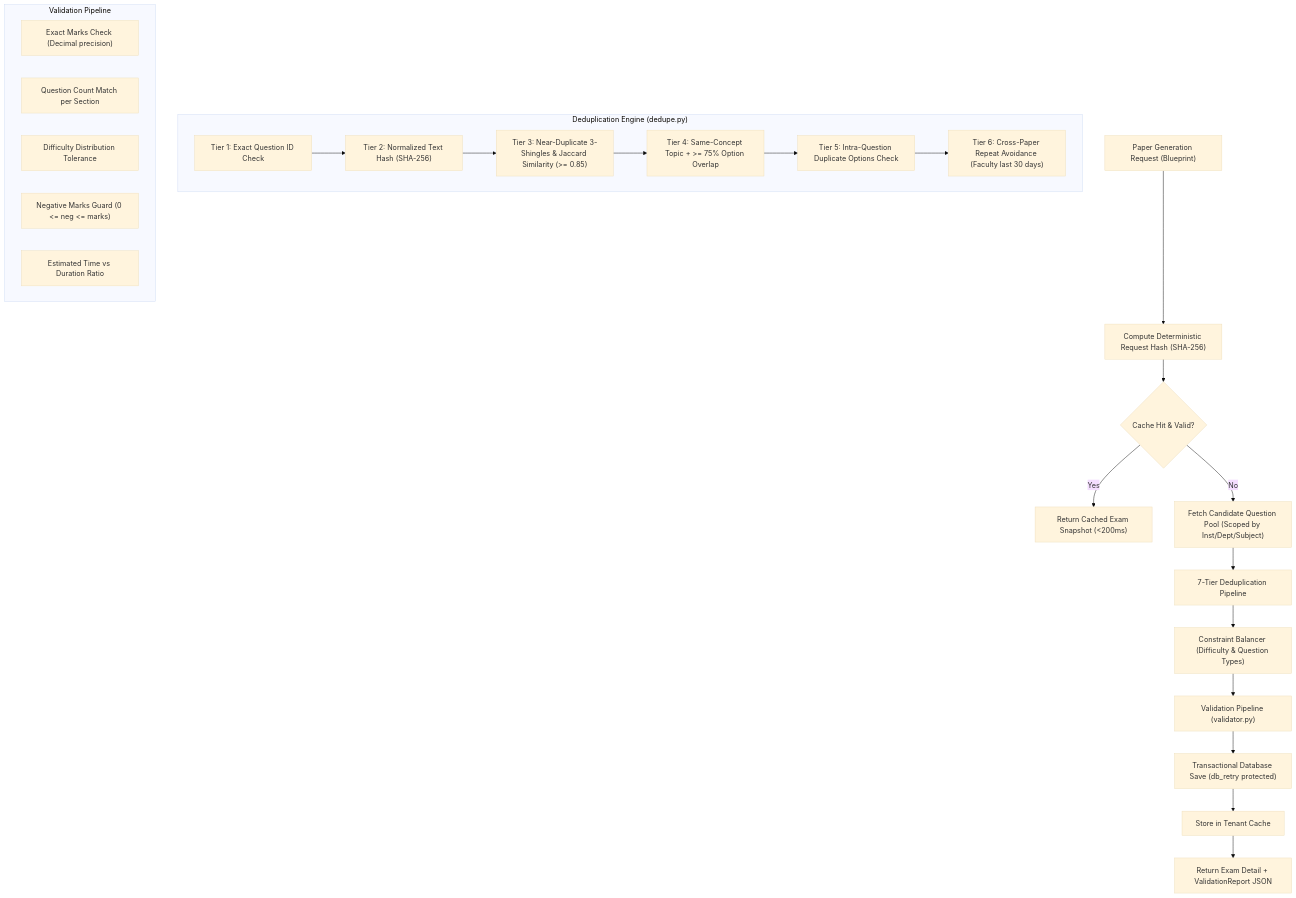
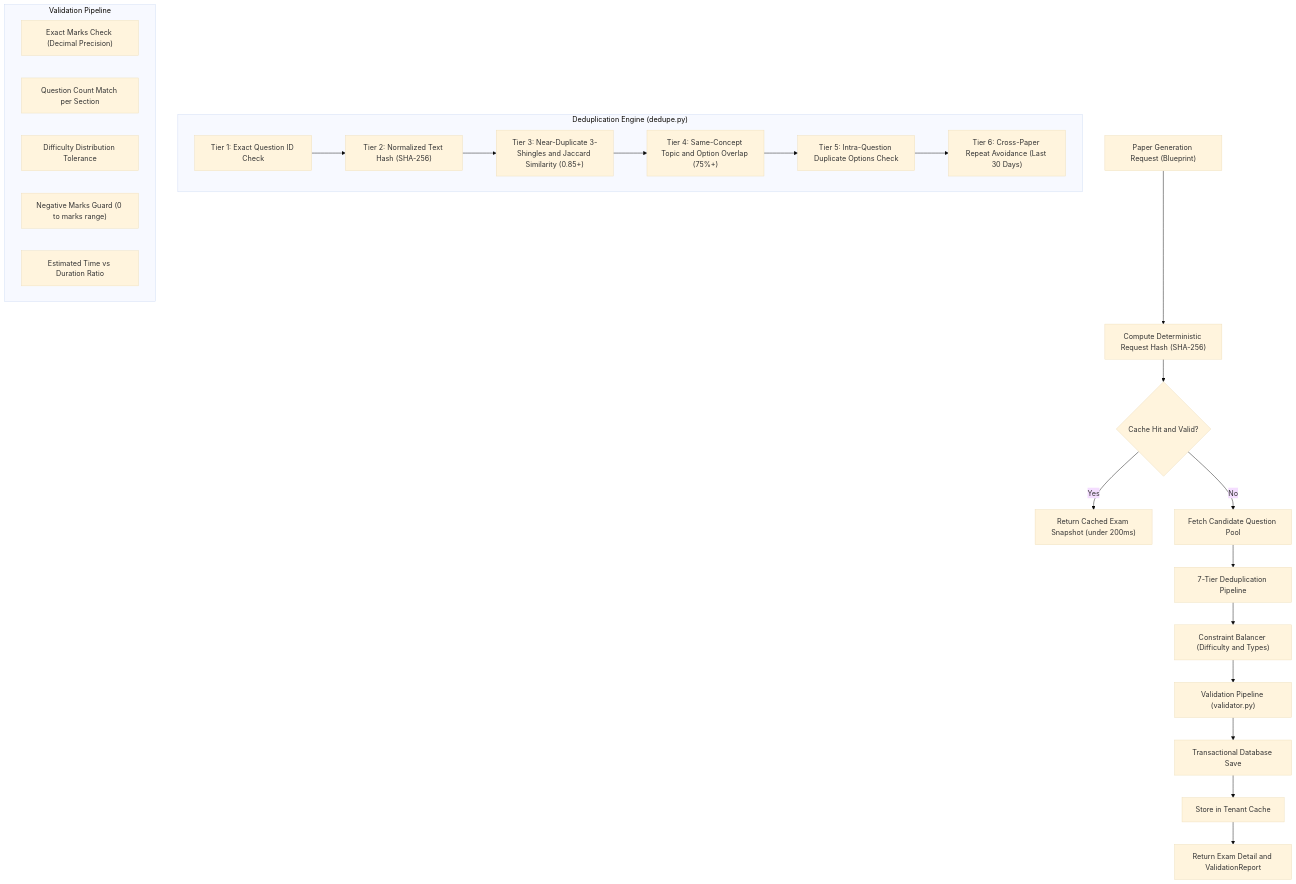
One commit to poshiyaharsh/ExamAI changed the second of 3 diagrams in docs/ARCHITECTURE.md. Above: the diagram before and after it, drawn with Mermaid (base theme). The commit also changed other lines of this file and 1 other file, not shown here.

First line of the commit message:
docs(mermaid): fix edge label syntax and quote labels for GitHub rendering

````diff
--- a/docs/ARCHITECTURE.md
+++ b/docs/ARCHITECTURE.md
@@ -89,34 +89,34 @@
 ```mermaid
 flowchart TD
     Req["Paper Generation Request (Blueprint)"] --> Hash["Compute Deterministic Request Hash (SHA-256)"]
-    Hash --> CacheCheck{"Cache Hit & Valid?"}
-    CacheCheck -- Yes --> ReturnCache["Return Cached Exam Snapshot (<200ms)"]
+    Hash --> CacheCheck{"Cache Hit and Valid?"}
+    CacheCheck -->|"Yes"| ReturnCache["Return Cached Exam Snapshot (under 200ms)"]
     
-    CacheCheck -- No --> Pool["Fetch Candidate Question Pool (Scoped by Inst/Dept/Subject)"]
+    CacheCheck -->|"No"| Pool["Fetch Candidate Question Pool"]
     Pool --> Dedupe["7-Tier Deduplication Pipeline"]
     
     subgraph DedupePipeline["Deduplication Engine (dedupe.py)"]
         D1["Tier 1: Exact Question ID Check"]
         D2["Tier 2: Normalized Text Hash (SHA-256)"]
-        D3["Tier 3: Near-Duplicate 3-Shingles & Jaccard Similarity (>= 0.85)"]
-        D4["Tier 4: Same-Concept Topic + >= 75% Option Overlap"]
+        D3["Tier 3: Near-Duplicate 3-Shingles and Jaccard Similarity (0.85+)"]
+        D4["Tier 4: Same-Concept Topic and Option Overlap (75%+)"]
         D5["Tier 5: Intra-Question Duplicate Options Check"]
-        D6["Tier 6: Cross-Paper Repeat Avoidance (Faculty last 30 days)"]
+        D6["Tier 6: Cross-Paper Repeat Avoidance (Last 30 Days)"]
         D1 --> D2 --> D3 --> D4 --> D5 --> D6
     end
     
-    Dedupe --> Balance["Constraint Balancer (Difficulty & Question Types)"]
+    Dedupe --> Balance["Constraint Balancer (Difficulty and Types)"]
     Balance --> Validate["Validation Pipeline (validator.py)"]
     
     subgraph ValidationPipeline["Validation Pipeline"]
-        V1["Exact Marks Check (Decimal precision)"]
+        V1["Exact Marks Check (Decimal Precision)"]
         V2["Question Count Match per Section"]
         V3["Difficulty Distribution Tolerance"]
-        V4["Negative Marks Guard (0 <= neg <= marks)"]
+        V4["Negative Marks Guard (0 to marks range)"]
         V5["Estimated Time vs Duration Ratio"]
     end
     
-    Validate --> Persist["Transactional Database Save (db_retry protected)"]
+    Validate --> Persist["Transactional Database Save"]
     Persist --> CacheStore["Store in Tenant Cache"]
-    CacheStore --> Final["Return Exam Detail + ValidationReport JSON"]
+    CacheStore --> Final["Return Exam Detail and ValidationReport"]
 ```
````
